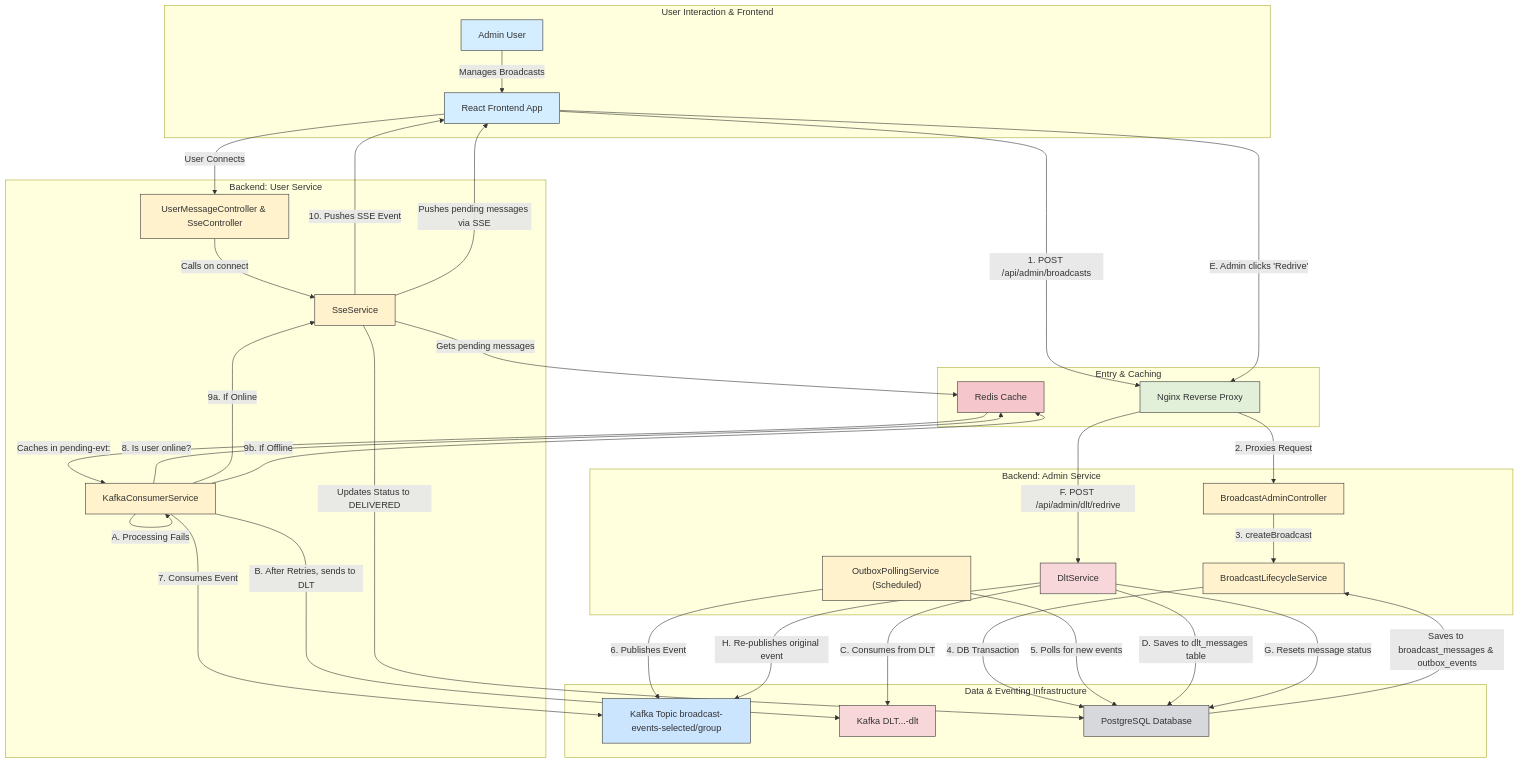
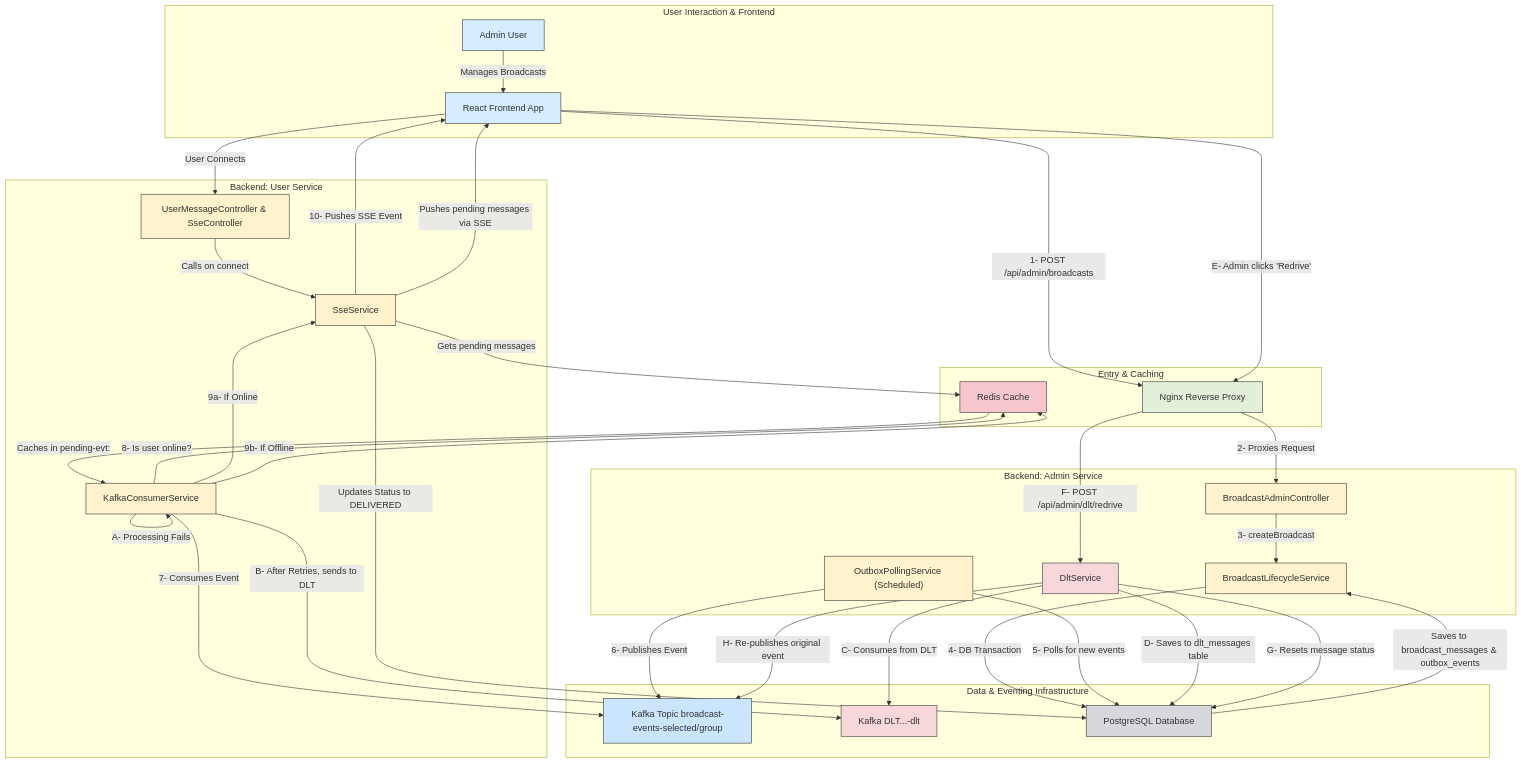
The diagram in broadcast-microservice/README.md (rsrini7/Notification-SSE-GLM-Flux), drawn with Mermaid before and after one commit. The commit also changed 8 other files, not shown here.

Commit message:
updated mermaid diagram

````diff
--- a/broadcast-microservice/README.md
+++ b/broadcast-microservice/README.md
@@ -157,81 +157,81 @@
 ```mermaid
 graph TD
     subgraph "User Interaction & Frontend"
         AdminUser[Admin User]
         UI[React Frontend App]
         AdminUser -- Manages Broadcasts --> UI
     end
 
     subgraph "Entry & Caching"
         Nginx[Nginx Reverse Proxy]
         Redis[Redis Cache]
     end
 
     subgraph "Backend: Admin Service"
         AdminController[BroadcastAdminController]
         LifecycleService[BroadcastLifecycleService]
         DltService[DltService]
         OutboxPoller["OutboxPollingService (Scheduled)"]
     end
 
     subgraph "Backend: User Service"
         UserController[UserMessageController & SseController]
         KafkaConsumer[KafkaConsumerService]
         SseService[SseService]
     end
 
     subgraph "Data & Eventing Infrastructure"
         KafkaTopic[Kafka Topic broadcast-events-selected/group]
         KafkaDLT[Kafka DLT...-dlt]
         Postgres[PostgreSQL Database]
     end
 
     %% Styles
     style AdminUser fill:#d4edff,stroke:#333
     style UI fill:#d4edff,stroke:#333
     style Nginx fill:#e2f0d9,stroke:#333
     style AdminController fill:#fff2cc,stroke:#333
     style LifecycleService fill:#fff2cc,stroke:#333
     style DltService fill:#f8d7da,stroke:#333
     style OutboxPoller fill:#fff2cc,stroke:#333
     style UserController fill:#fff2cc,stroke:#333
     style KafkaConsumer fill:#fff2cc,stroke:#333
     style SseService fill:#fff2cc,stroke:#333
     style Postgres fill:#d6d8db,stroke:#333
     style Redis fill:#f5c6cb,stroke:#333
     style KafkaTopic fill:#cce5ff,stroke:#333
     style KafkaDLT fill:#f8d7da,stroke:#333
 
 
     %% Happy Path: Broadcast Creation and Delivery
-    UI -- 1. POST /api/admin/broadcasts --> Nginx
-    Nginx -- 2. Proxies Request --> AdminController
-    AdminController -- 3. createBroadcast --> LifecycleService
-    LifecycleService -- "4. DB Transaction" --> Postgres
+    UI -- 1- POST /api/admin/broadcasts --> Nginx
+    Nginx -- 2- Proxies Request --> AdminController
+    AdminController -- 3- createBroadcast --> LifecycleService
+    LifecycleService -- "4- DB Transaction" --> Postgres
     Postgres -- "Saves to broadcast_messages & outbox_events" --> LifecycleService
-    OutboxPoller -- 5. Polls for new events --> Postgres
-    OutboxPoller -- 6. Publishes Event --> KafkaTopic
-    KafkaConsumer -- 7. Consumes Event --> KafkaTopic
-    KafkaConsumer -- 8. Is user online? --> Redis
-    KafkaConsumer -- 9a. If Online --> SseService
-    SseService -- "10. Pushes SSE Event" --> UI
+    OutboxPoller -- 5- Polls for new events --> Postgres
+    OutboxPoller -- 6- Publishes Event --> KafkaTopic
+    KafkaConsumer -- 7- Consumes Event --> KafkaTopic
+    KafkaConsumer -- 8- Is user online? --> Redis
+    KafkaConsumer -- 9a- If Online --> SseService
+    SseService -- "10- Pushes SSE Event" --> UI
     SseService -- "Updates Status to DELIVERED" --> Postgres
-    KafkaConsumer -- 9b. If Offline --> Redis
+    KafkaConsumer -- 9b- If Offline --> Redis
     Redis -- "Caches in pending-evt:<userId>" --> KafkaConsumer
     
     %% User Reconnection Path
     UI -- "User Connects" --> UserController
     UserController -- "Calls on connect" --> SseService
     SseService -- "Gets pending messages" --> Redis
     SseService -- "Pushes pending messages via SSE" --> UI
 
     %% DLT Path: Failure and Redrive
-    KafkaConsumer -- "A. Processing Fails" --> KafkaConsumer
-    KafkaConsumer -- "B. After Retries, sends to DLT" --> KafkaDLT
-    DltService -- "C. Consumes from DLT" --> KafkaDLT
-    DltService -- "D. Saves to dlt_messages table" --> Postgres
-    UI -- "E. Admin clicks 'Redrive'" --> Nginx
-    Nginx -- "F. POST /api/admin/dlt/redrive" --> DltService
-    DltService -- "G. Resets message status" --> Postgres
-    DltService -- "H. Re-publishes original event" --> KafkaTopic
+    KafkaConsumer -- "A- Processing Fails" --> KafkaConsumer
+    KafkaConsumer -- "B- After Retries, sends to DLT" --> KafkaDLT
+    DltService -- "C- Consumes from DLT" --> KafkaDLT
+    DltService -- "D- Saves to dlt_messages table" --> Postgres
+    UI -- "E- Admin clicks 'Redrive'" --> Nginx
+    Nginx -- "F- POST /api/admin/dlt/redrive" --> DltService
+    DltService -- "G- Resets message status" --> Postgres
+    DltService -- "H- Re-publishes original event" --> KafkaTopic
 ```
````
